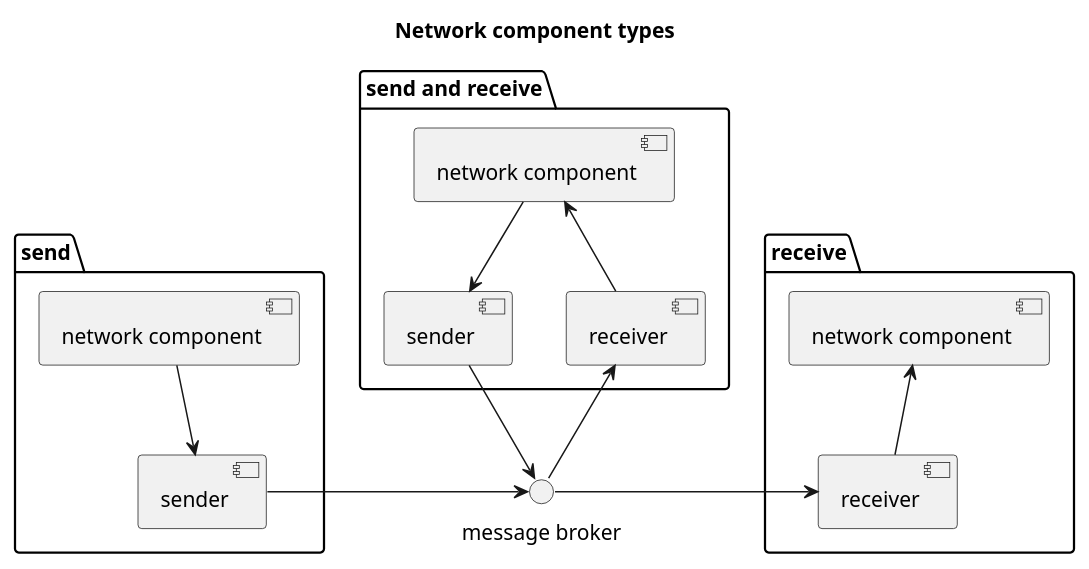
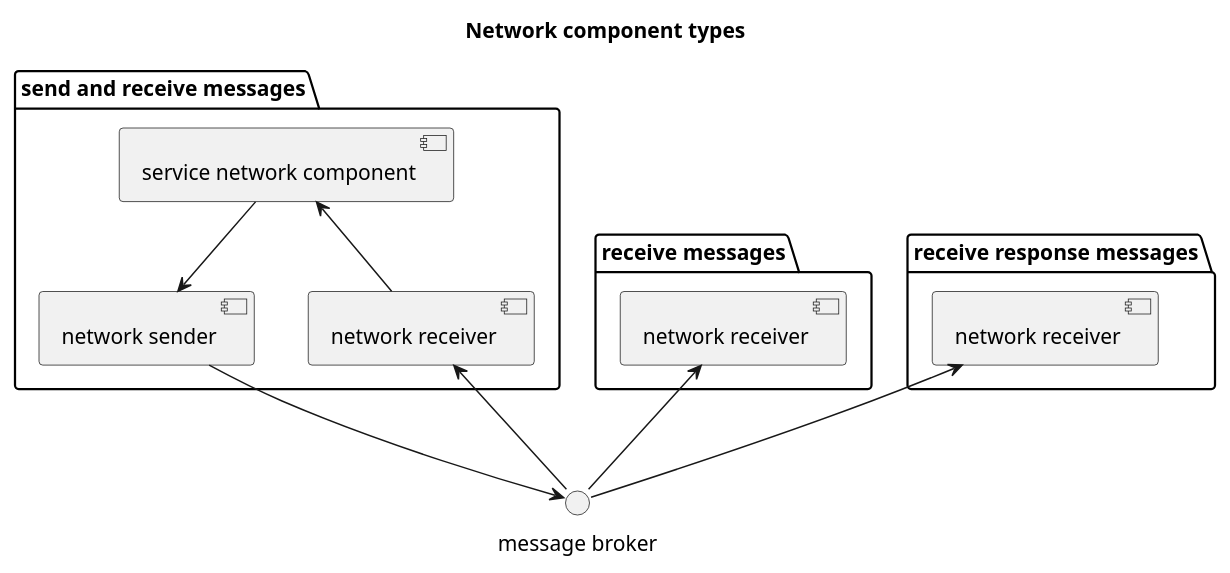
One commit to dvoraka/architecture-builder changed the diagram in data/src/main/java/dvoraka.archbuilder/sample/microservice/network.puml. Above: the diagram before and after it, drawn with PlantUML.

Commit message:
#20 Update network component diagram

```diff
--- a/data/src/main/java/dvoraka.archbuilder/sample/microservice/network.puml
+++ b/data/src/main/java/dvoraka.archbuilder/sample/microservice/network.puml
@@ -1,40 +1,34 @@
 @startuml
 
 title Network component types
 
 interface "message broker" as broker
 
 
-package "send and receive" {
-    [sender] as sender
-    [receiver] as receiver
-    [network component] as ncomponent
+package "send and receive messages" {
+    [network sender] as sender
+    [network receiver] as receiver
+    [service network component] as ncomponent
 }
 
 broker <-up- sender
 broker --> receiver
 
 ncomponent --> sender
 ncomponent <-- receiver
 
 
-package "send" {
-    [sender] as sender2
-    [network component] as ncomponent2
+package "receive messages" {
+    [network receiver] as receiver2
 }
 
-broker <-left- sender2
-
-ncomponent2 --> sender2
+broker -up-> receiver2
 
 
-package "receive" {
-    [receiver] as receiver3
-    [network component] as ncomponent3
+package "receive response messages" {
+    [network receiver] as receiver3
 }
 
-broker -right-> receiver3
-
-ncomponent3 <-- receiver3
+broker -up-> receiver3
 
 @enduml
```
